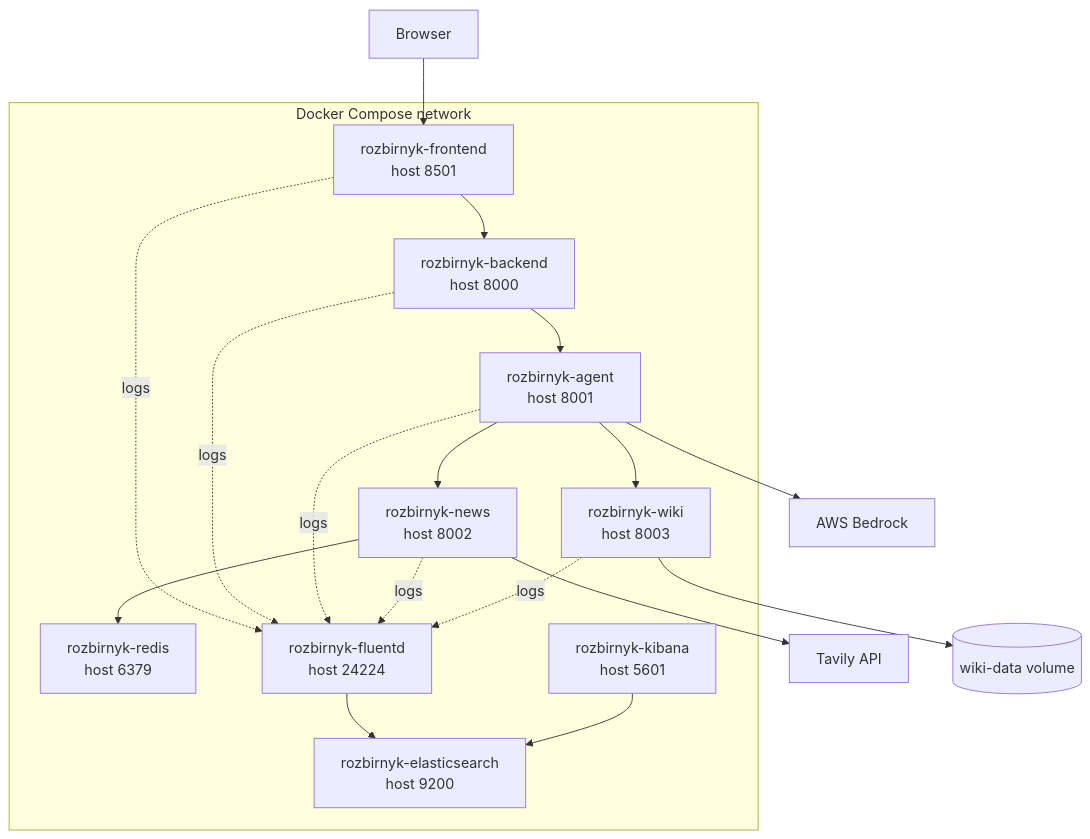
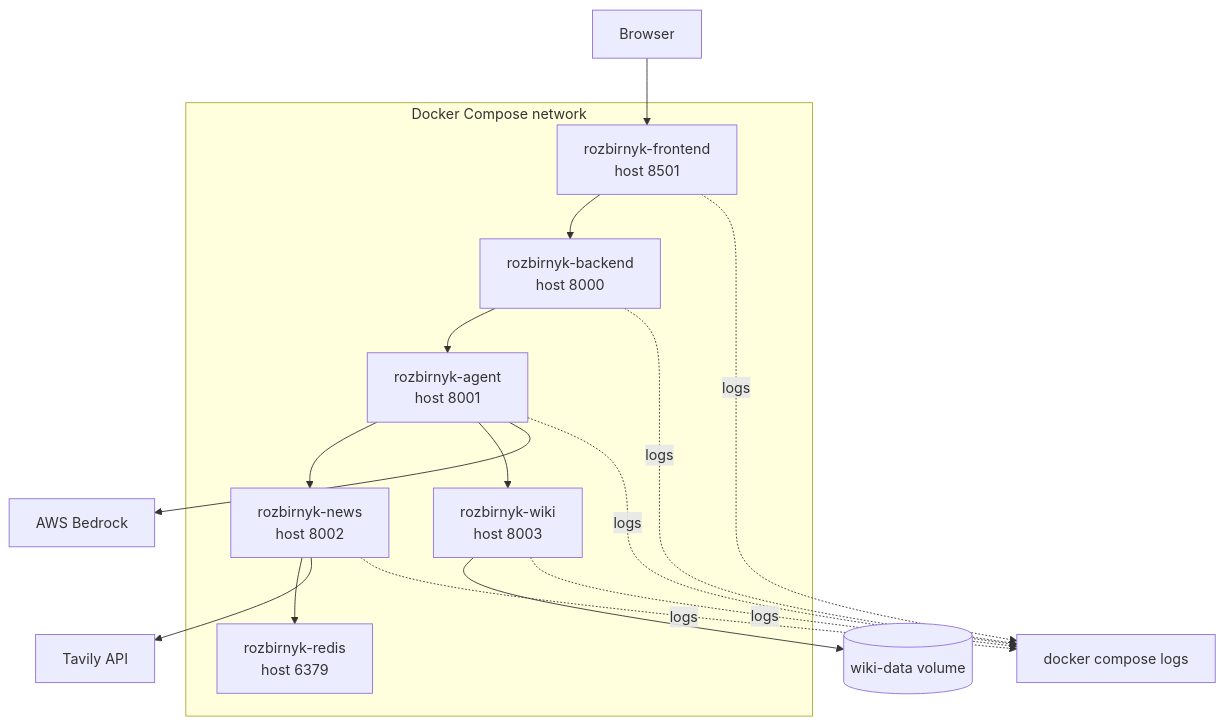
One commit to serpanchyk/Rozbirnyk changed the diagram in docs/diagrams/deployment.md. Above: the diagram before and after it, drawn with Mermaid. The commit also changed other lines of this file and 9 other files, not shown here.

````diff
--- a/docs/diagrams/deployment.md
+++ b/docs/diagrams/deployment.md
@@ -3,36 +3,32 @@
 ```mermaid
 flowchart TB
     subgraph compose["Docker Compose network"]
         frontend["rozbirnyk-frontend\nhost 8501"]
         backend["rozbirnyk-backend\nhost 8000"]
         agent["rozbirnyk-agent\nhost 8001"]
         news["rozbirnyk-news\nhost 8002"]
         wiki["rozbirnyk-wiki\nhost 8003"]
         redis["rozbirnyk-redis\nhost 6379"]
-        fluentd["rozbirnyk-fluentd\nhost 24224"]
-        elastic["rozbirnyk-elasticsearch\nhost 9200"]
-        kibana["rozbirnyk-kibana\nhost 5601"]
     end
 
     browser["Browser"]
     tavily["Tavily API"]
     bedrock["AWS Bedrock"]
     wiki_volume[("wiki-data volume")]
+    logs["docker compose logs"]
 
     browser --> frontend
     frontend --> backend
     backend --> agent
     agent --> news
     agent --> wiki
     news --> redis
     news --> tavily
     agent --> bedrock
     wiki --> wiki_volume
-    frontend -. logs .-> fluentd
-    backend -. logs .-> fluentd
-    agent -. logs .-> fluentd
-    news -. logs .-> fluentd
-    wiki -. logs .-> fluentd
-    fluentd --> elastic
-    kibana --> elastic
+    frontend -. logs .-> logs
+    backend -. logs .-> logs
+    agent -. logs .-> logs
+    news -. logs .-> logs
+    wiki -. logs .-> logs
 ```
````
